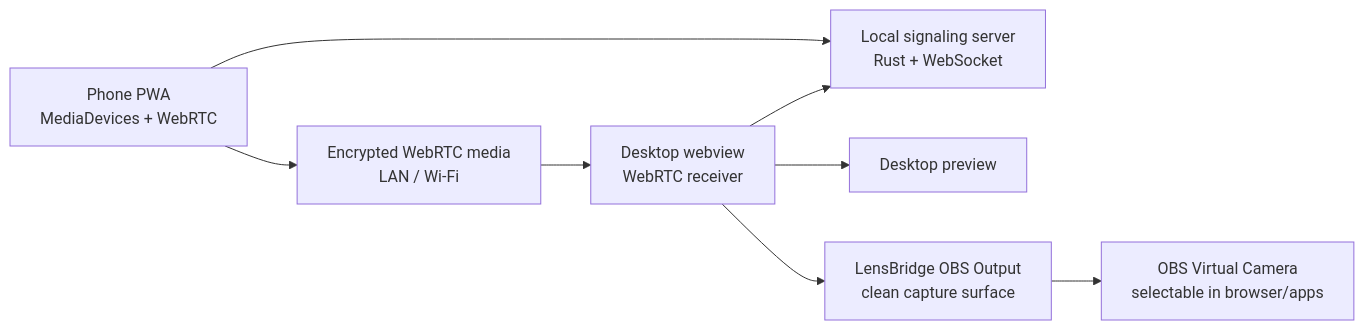
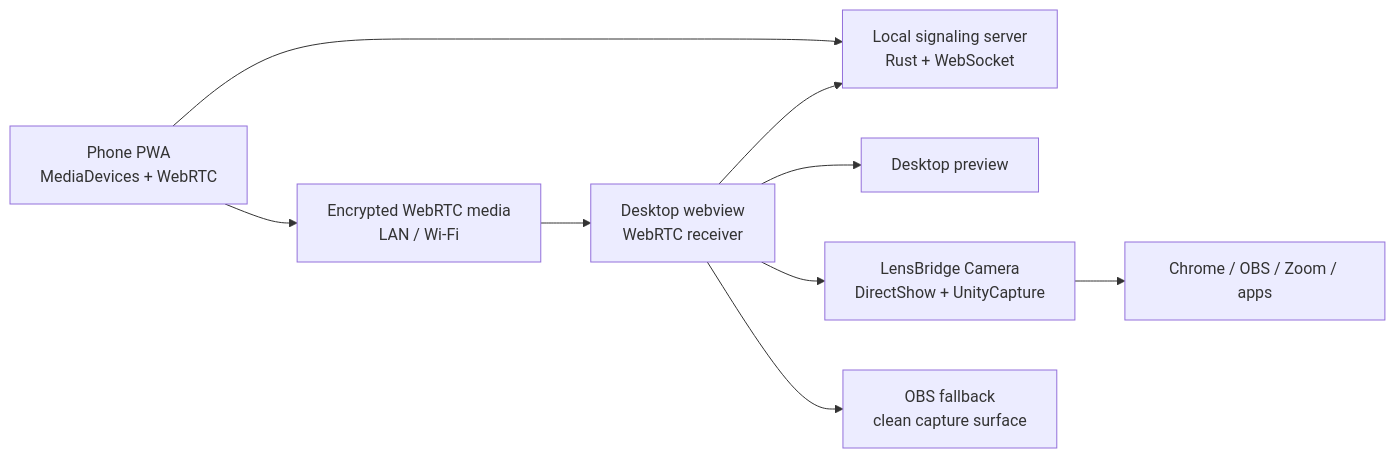
Before and after one commit to Abhi190702/lensbridge: the diagram in README.md, drawn with Mermaid. The commit also changed other lines of this file and 41 other files, not shown here.

Commit message:
Add Windows DirectShow camera bridge

````diff
--- a/README.md
+++ b/README.md
@@ -35,10 +36,11 @@
 ```mermaid
 flowchart LR
   phone["Phone PWA<br/>MediaDevices + WebRTC"] --> signal["Local signaling server<br/>Rust + WebSocket"]
   desktop["Desktop webview<br/>WebRTC receiver"] --> signal
   phone --> media["Encrypted WebRTC media<br/>LAN / Wi-Fi"]
   media --> desktop
   desktop --> preview["Desktop preview"]
-  desktop --> obs["LensBridge OBS Output<br/>clean capture surface"]
-  obs --> virtual["OBS Virtual Camera<br/>selectable in browser/apps"]
+  desktop --> direct["LensBridge Camera<br/>DirectShow + UnityCapture"]
+  direct --> apps["Chrome / OBS / Zoom / apps"]
+  desktop --> obs["OBS fallback<br/>clean capture surface"]
 ```
````
